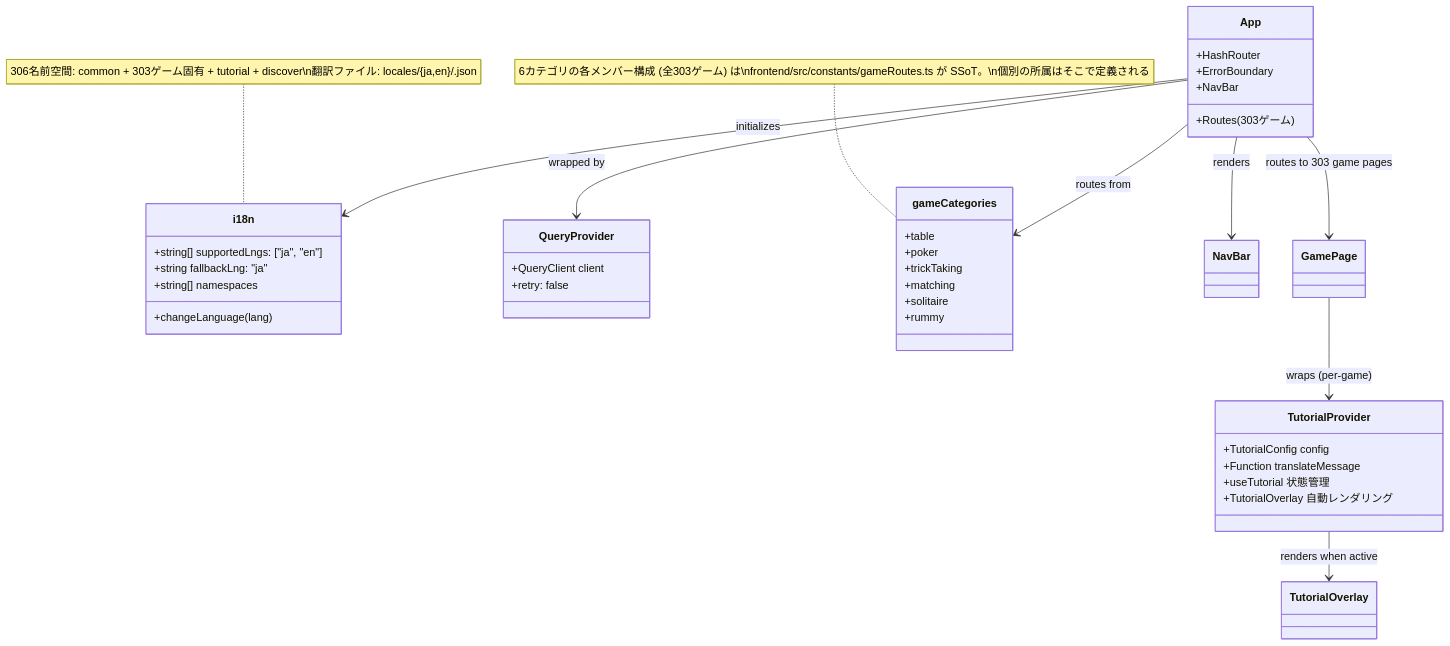
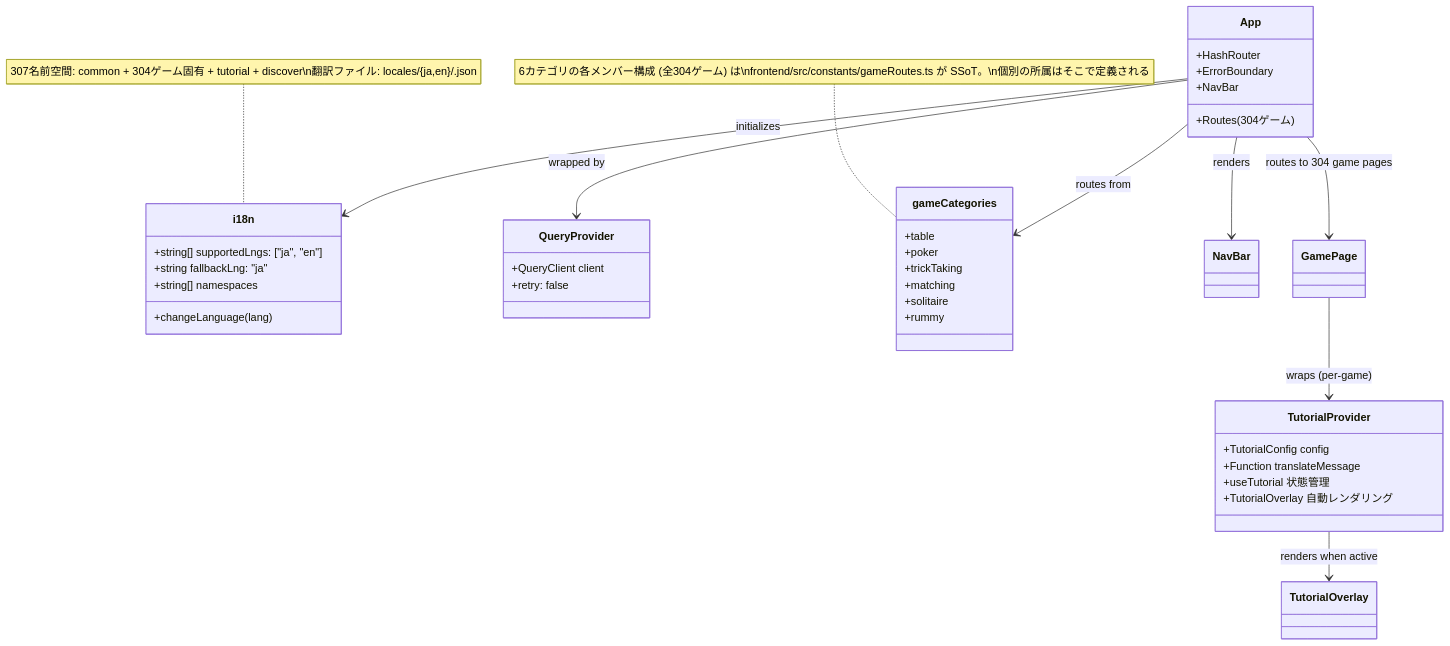
The ninth of 49 diagrams in docs/design/frontend.md (yuta-yoshinaga/go_trumpcards), drawn with Mermaid before and after one commit. The commit also changed other lines of this file and 63 other files, not shown here.

````diff
--- a/docs/design/frontend.md
+++ b/docs/design/frontend.md
@@ -1869,48 +1869,48 @@
 ```mermaid
 classDiagram
     class i18n {
         +string[] supportedLngs: ["ja", "en"]
         +string fallbackLng: "ja"
         +string[] namespaces
         +changeLanguage(lang)
     }
 
     class QueryProvider {
         +QueryClient client
         +retry: false
     }
 
     class App {
         +HashRouter
         +ErrorBoundary
         +NavBar
-        +Routes (303ゲーム)
+        +Routes (304ゲーム)
     }
 
     class gameCategories {
         +table
         +poker
         +trickTaking
         +matching
         +solitaire
         +rummy
     }
-    note for gameCategories "6カテゴリの各メンバー構成 (全303ゲーム) は\nfrontend/src/constants/gameRoutes.ts が SSoT。\n個別の所属はそこで定義される"
+    note for gameCategories "6カテゴリの各メンバー構成 (全304ゲーム) は\nfrontend/src/constants/gameRoutes.ts が SSoT。\n個別の所属はそこで定義される"
 
     class TutorialProvider {
         +TutorialConfig config
         +Function translateMessage
         +useTutorial 状態管理
         +TutorialOverlay 自動レンダリング
     }
 
     App --> QueryProvider : wrapped by
     App --> i18n : initializes
     App --> gameCategories : routes from
     App --> NavBar : renders
-    App --> GamePage : routes to 303 game pages
+    App --> GamePage : routes to 304 game pages
     GamePage --> TutorialProvider : wraps (per-game)
     TutorialProvider --> TutorialOverlay : renders when active
 
-    note for i18n "306名前空間: common + 303ゲーム固有 + tutorial + discover\n翻訳ファイル: locales/{ja,en}/<game>.json"
+    note for i18n "307名前空間: common + 304ゲーム固有 + tutorial + discover\n翻訳ファイル: locales/{ja,en}/<game>.json"
 ```
````
